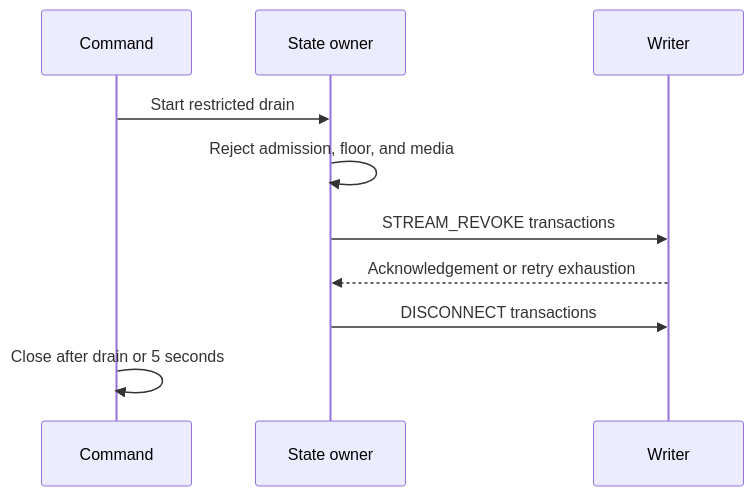
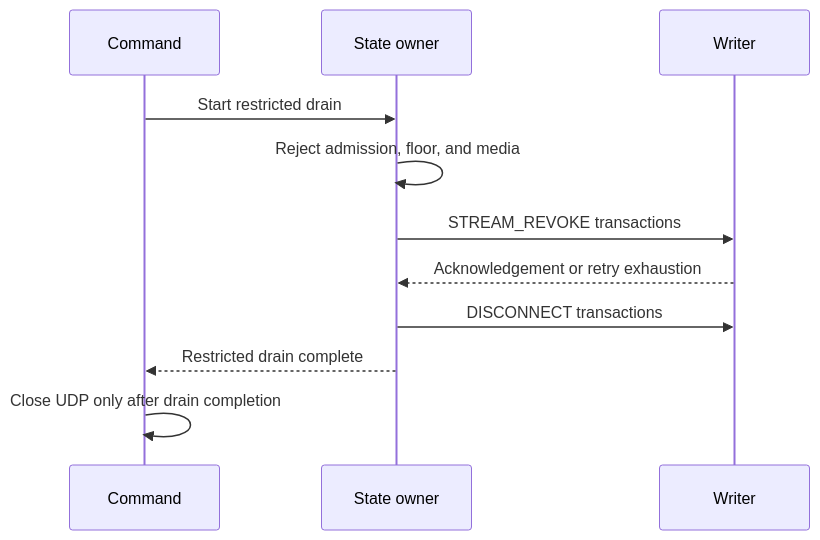
One commit to dbehnke/opusref changed the third of 3 diagrams in docs/architecture.md. Above: the diagram before and after it, drawn with Mermaid. The commit also changed other lines of this file and 25 other files, not shown here.

````diff
--- a/docs/architecture.md
+++ b/docs/architecture.md
@@ -127,12 +134,13 @@
 ```mermaid
 sequenceDiagram
     participant Command
     participant State as State owner
     participant Writer
     Command->>State: Start restricted drain
     State->>State: Reject admission, floor, and media
     State->>Writer: STREAM_REVOKE transactions
     Writer-->>State: Acknowledgement or retry exhaustion
     State->>Writer: DISCONNECT transactions
-    Command->>Command: Close after drain or 5 seconds
+    State-->>Command: Restricted drain complete
+    Command->>Command: Close UDP only after drain completion
 ```
````
